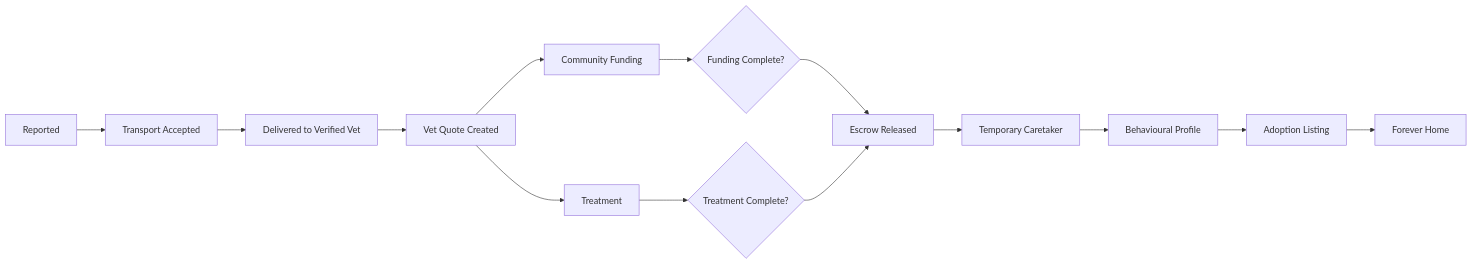
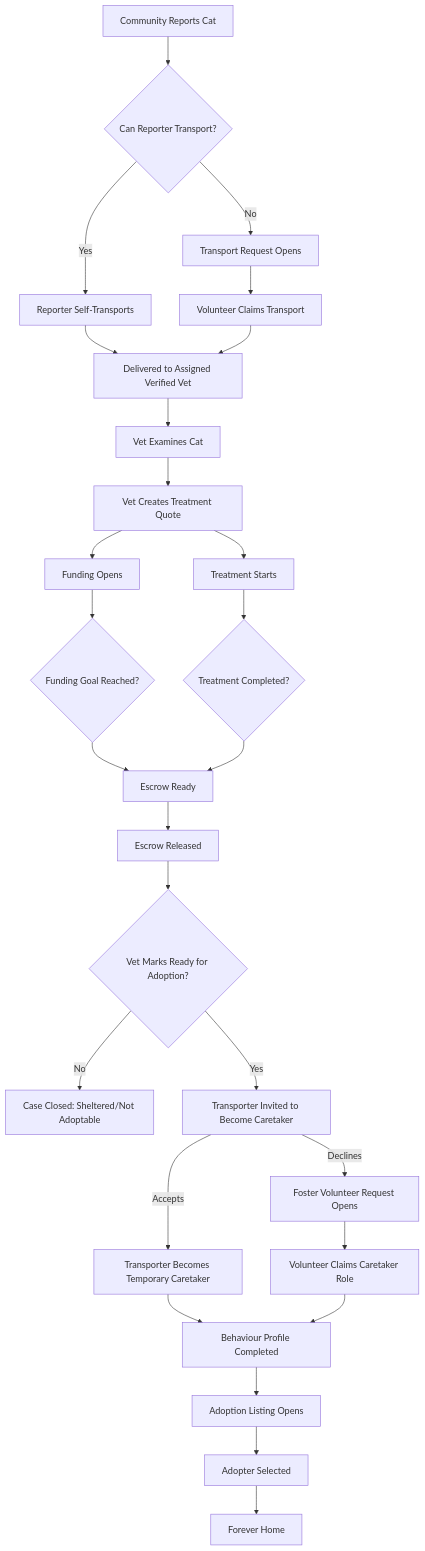
Before and after one commit to KoVoidG/tabbyfund: the diagram in README.md, drawn with Mermaid. The commit also changed other lines of this file and 2 other files, not shown here.

````diff
--- a/README.md
+++ b/README.md
@@ -77,16 +102,40 @@
 ```mermaid
-flowchart LR
-    A[Reported] --> B[Transport Accepted]
-    B --> C[Delivered to Verified Vet]
-    C --> D[Vet Quote Created]
-    D --> E[Community Funding]
-    D --> F[Treatment]
-    E --> G{Funding Complete?}
-    F --> H{Treatment Complete?}
-    G --> I[Escrow Released]
-    H --> I
-    I --> J[Temporary Caretaker]
-    J --> K[Behavioural Profile]
-    K --> L[Adoption Listing]
-    L --> M[Forever Home]
+flowchart TD
+    A[Community Reports Cat] --> B{Can Reporter Transport?}
+
+    B -->|Yes| C[Reporter Self-Transports]
+    B -->|No| D[Transport Request Opens]
+
+    D --> E[Volunteer Claims Transport]
+    C --> F[Delivered to Assigned Verified Vet]
+    E --> F
+
+    F --> G[Vet Examines Cat]
+    G --> H[Vet Creates Treatment Quote]
+
+    H --> I[Funding Opens]
+    H --> J[Treatment Starts]
+
+    I --> K{Funding Goal Reached?}
+    J --> L{Treatment Completed?}
+
+    K --> M[Escrow Ready]
+    L --> M
+
+    M --> N[Escrow Released]
+    N --> O{Vet Marks Ready for Adoption?}
+
+    O -->|No| P[Case Closed: Sheltered/Not Adoptable]
+    O -->|Yes| Q[Transporter Invited to Become Caretaker]
+
+    Q -->|Accepts| R[Transporter Becomes Temporary Caretaker]
+    Q -->|Declines| S[Foster Volunteer Request Opens]
+
+    S --> T[Volunteer Claims Caretaker Role]
+    R --> U[Behaviour Profile Completed]
+    T --> U
+
+    U --> V[Adoption Listing Opens]
+    V --> W[Adopter Selected]
+    W --> X[Forever Home ]
 ```
````
